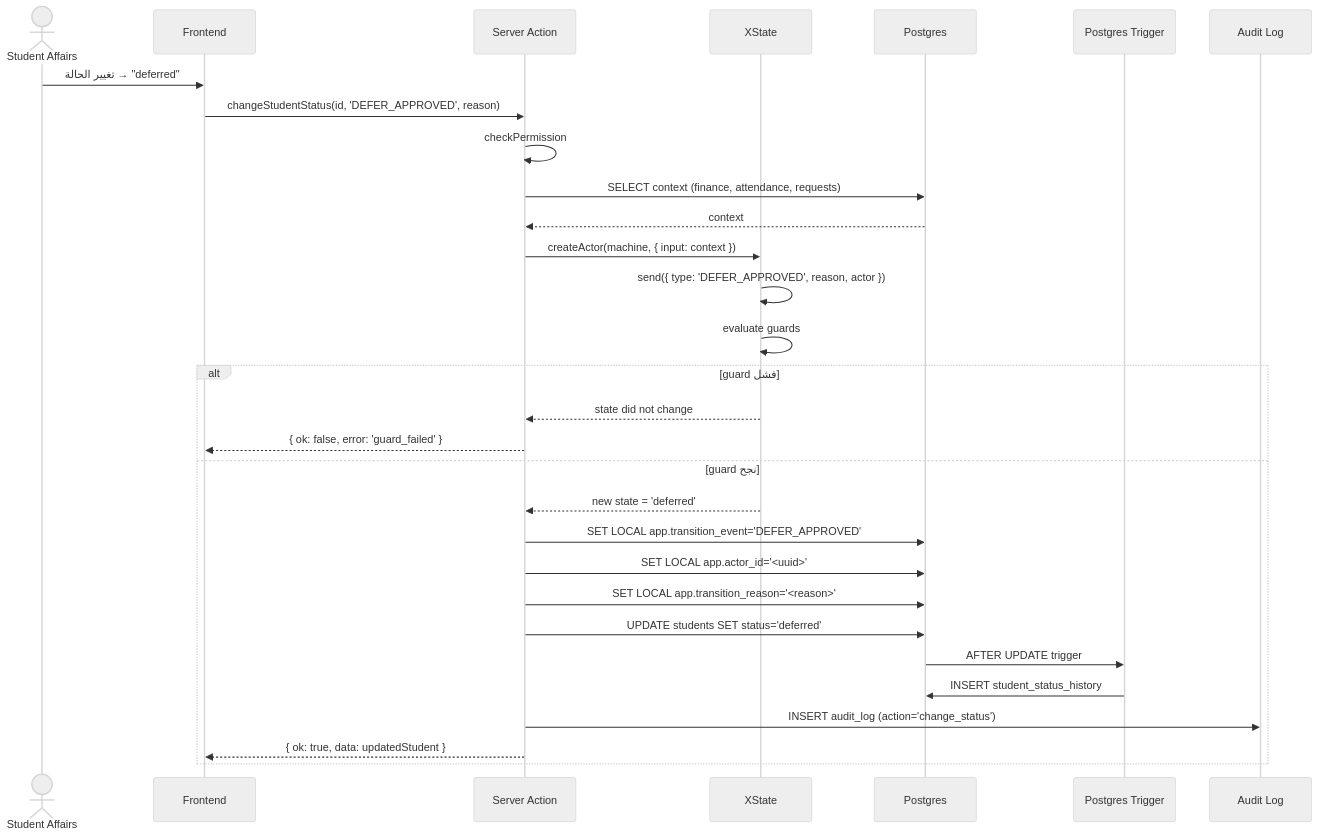
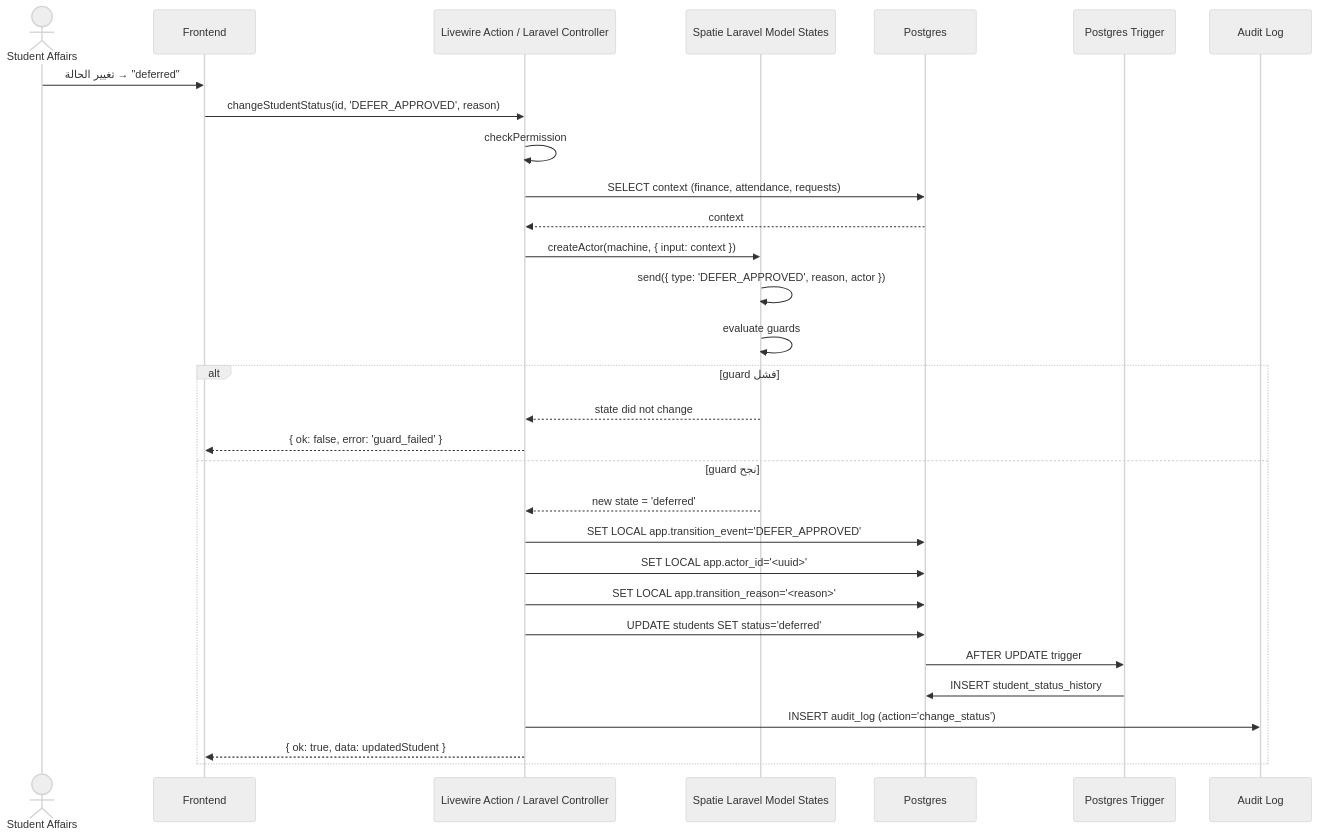
Before and after one commit to alharbib902-del/technical-handover: the fifth of 6 diagrams in 03-المراحل-التنفيذية/03-الطلاب-والفروع/خطة-المرحلة.md, drawn with Mermaid (neutral theme). The commit also changed other lines of this file and 22 other files, not shown here.

````diff
--- a/03-المراحل-التنفيذية/03-الطلاب-والفروع/خطة-المرحلة.md
+++ b/03-المراحل-التنفيذية/03-الطلاب-والفروع/خطة-المرحلة.md
@@ -1474,33 +1474,33 @@
 ```mermaid
 sequenceDiagram
     actor SA as Student Affairs
     participant UI as Frontend
-    participant API as Server Action
-    participant FSM as XState
+    participant API as Livewire Action / Laravel Controller
+    participant FSM as Spatie Laravel Model States
     participant DB as Postgres
     participant TR as Postgres Trigger
     participant AL as Audit Log
 
     SA->>UI: تغيير الحالة → "deferred"
     UI->>API: changeStudentStatus(id, 'DEFER_APPROVED', reason)
     API->>API: checkPermission
     API->>DB: SELECT context (finance, attendance, requests)
     DB-->>API: context
     API->>FSM: createActor(machine, { input: context })
     FSM->>FSM: send({ type: 'DEFER_APPROVED', reason, actor })
     FSM->>FSM: evaluate guards
     alt guard فشل
         FSM-->>API: state did not change
         API-->>UI: { ok: false, error: 'guard_failed' }
     else guard نجح
         FSM-->>API: new state = 'deferred'
         API->>DB: SET LOCAL app.transition_event='DEFER_APPROVED'
         API->>DB: SET LOCAL app.actor_id='<uuid>'
         API->>DB: SET LOCAL app.transition_reason='<reason>'
         API->>DB: UPDATE students SET status='deferred'
         DB->>TR: AFTER UPDATE trigger
         TR->>DB: INSERT student_status_history
         API->>AL: INSERT audit_log (action='change_status')
         API-->>UI: { ok: true, data: updatedStudent }
     end
 ```
````
